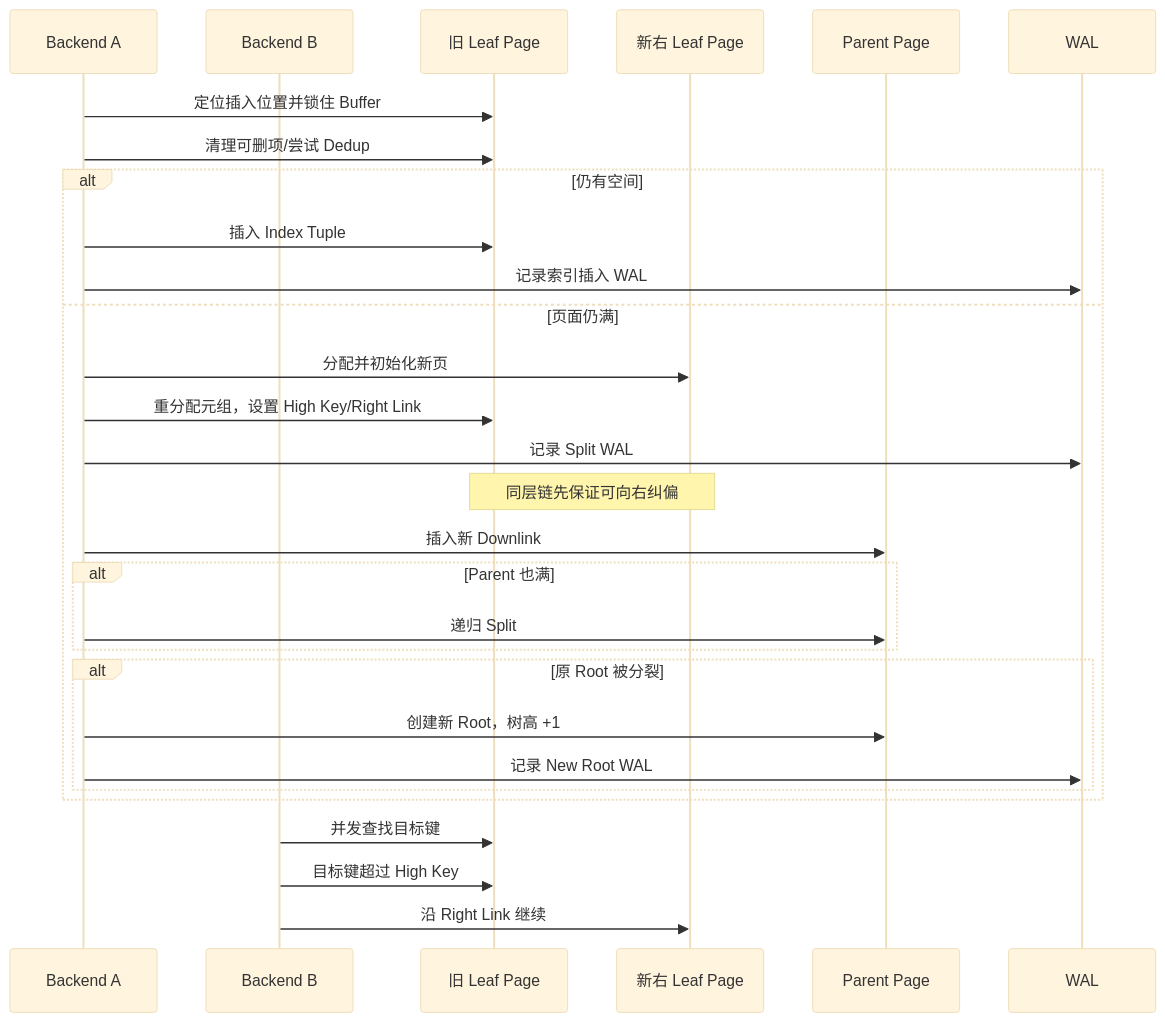
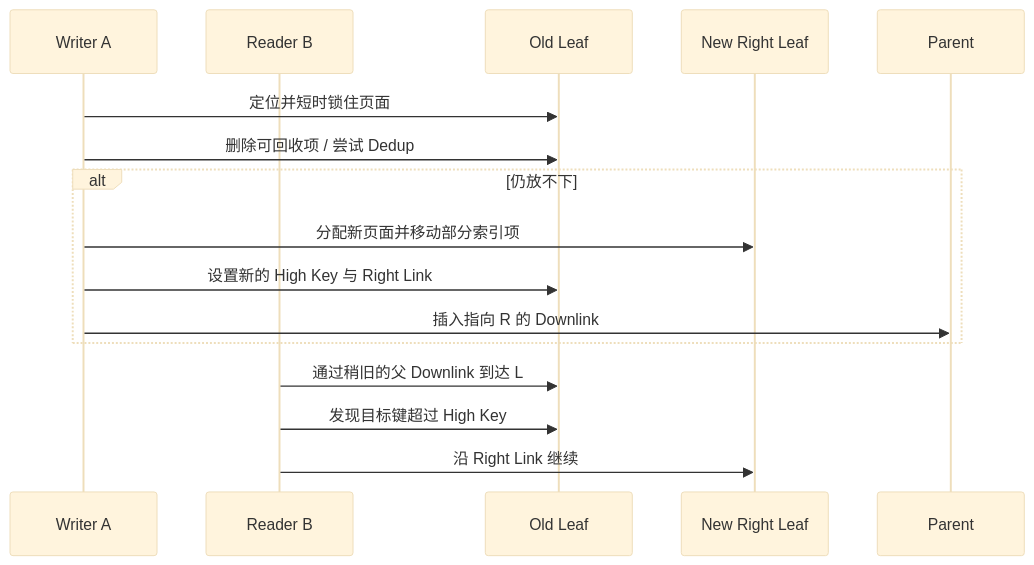
Before and after one commit to LienJack/learn-agent: the diagram in src/content/blog/zh/tech/PostgreSQL/assets/04-postgresql-b-tree/mermaid-02.mmd, drawn with Mermaid (base theme). The commit also changed 65 other files, not shown here.

```diff
--- a/src/content/blog/zh/tech/PostgreSQL/assets/04-postgresql-b-tree/mermaid-02.mmd
+++ b/src/content/blog/zh/tech/PostgreSQL/assets/04-postgresql-b-tree/mermaid-02.mmd
@@ -1,30 +1,17 @@
 sequenceDiagram
-    participant A as Backend A
-    participant B as Backend B
-    participant L as 旧 Leaf Page
-    participant R as 新右 Leaf Page
-    participant P as Parent Page
-    participant W as WAL
+    participant A as Writer A
+    participant B as Reader B
+    participant L as Old Leaf
+    participant R as New Right Leaf
+    participant P as Parent
 
-    A->>L: 定位插入位置并锁住 Buffer
-    A->>L: 清理可删项/尝试 Dedup
-    alt 仍有空间
-        A->>L: 插入 Index Tuple
-        A->>W: 记录索引插入 WAL
-    else 页面仍满
-        A->>R: 分配并初始化新页
-        A->>L: 重分配元组，设置 High Key/Right Link
-        A->>W: 记录 Split WAL
-        Note over L,R: 同层链先保证可向右纠偏
-        A->>P: 插入新 Downlink
-        alt Parent 也满
-            A->>P: 递归 Split
-        end
-        alt 原 Root 被分裂
-            A->>P: 创建新 Root，树高 +1
-            A->>W: 记录 New Root WAL
-        end
+    A->>L: 定位并短时锁住页面
+    A->>L: 删除可回收项 / 尝试 Dedup
+    alt 仍放不下
+        A->>R: 分配新页面并移动部分索引项
+        A->>L: 设置新的 High Key 与 Right Link
+        A->>P: 插入指向 R 的 Downlink
     end
-    B->>L: 并发查找目标键
-    B->>L: 目标键超过 High Key
+    B->>L: 通过稍旧的父 Downlink 到达 L
+    B->>L: 发现目标键超过 High Key
     B->>R: 沿 Right Link 继续
```
